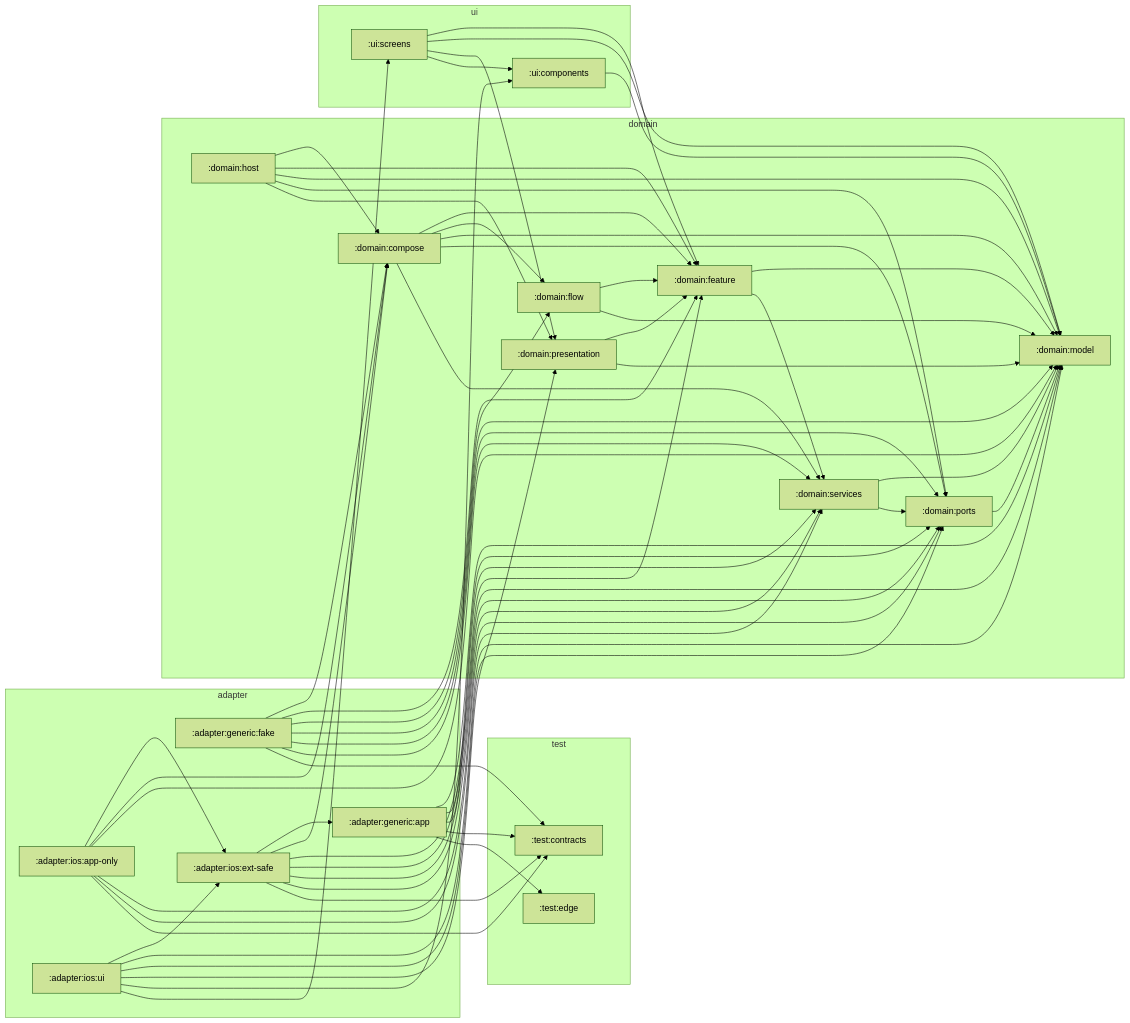
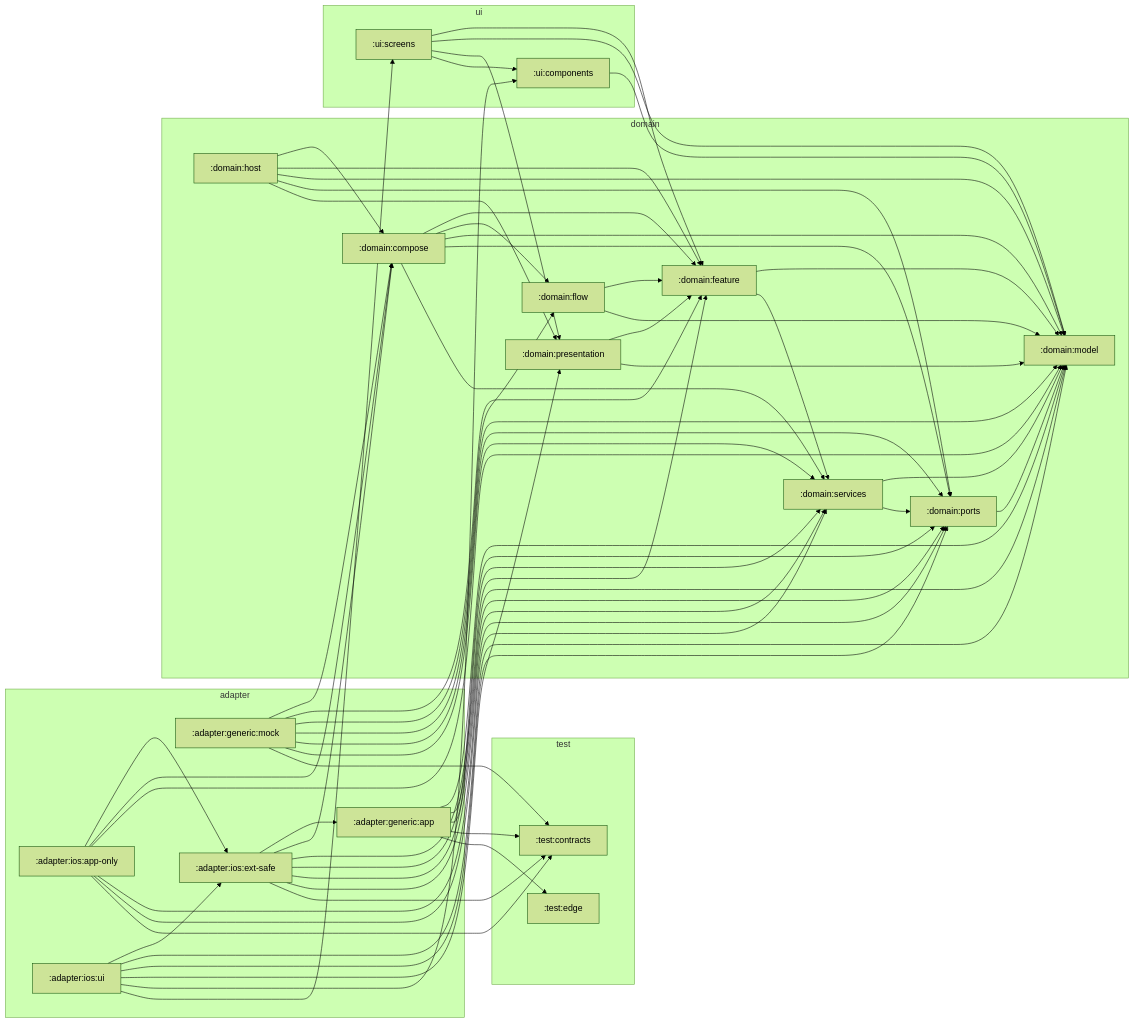
One commit to stefanhoelzl/SnapSync changed the diagram in architecture/zones.md. Above: the diagram before and after it, drawn with Mermaid (forest theme). The commit also changed 282 other files, not shown here.

Commit message:
internal(mocks): rename :adapter:generic:fake to :adapter:generic:mock (package app.snapsync.mock)

```diff
--- a/architecture/zones.md
+++ b/architecture/zones.md
@@ -9,7 +9,7 @@
 flowchart LR
   subgraph adapter
     adapter_generic_app[":adapter:generic:app"]
-    adapter_generic_fake[":adapter:generic:fake"]
+    adapter_generic_fake[":adapter:generic:mock"]
     adapter_ios_app_only[":adapter:ios:app-only"]
     adapter_ios_ext_safe[":adapter:ios:ext-safe"]
     adapter_ios_ui[":adapter:ios:ui"]
```
